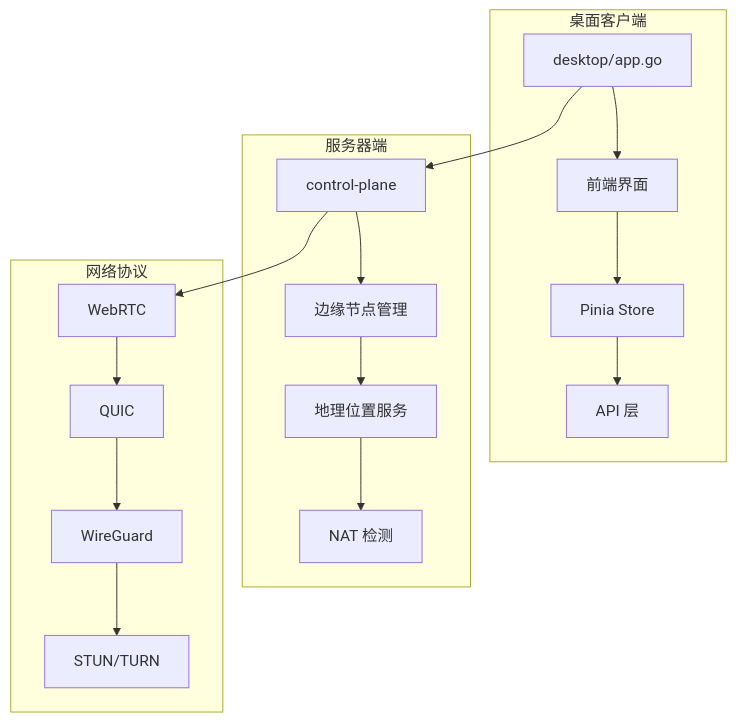
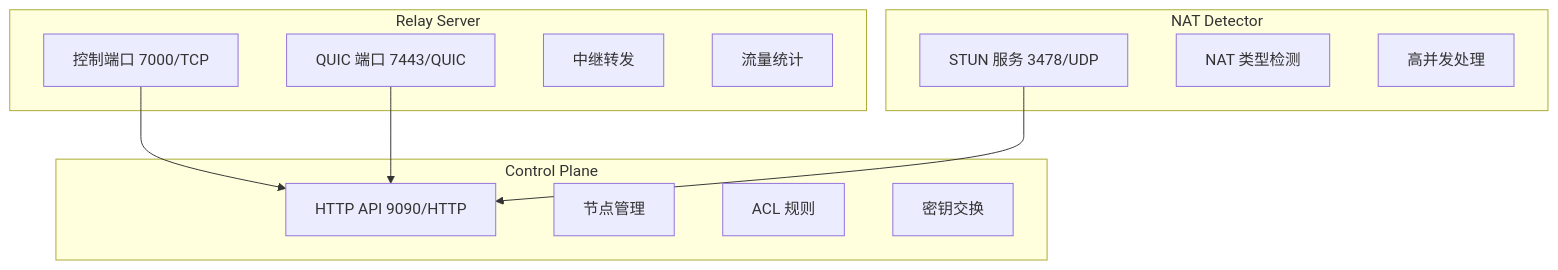
The third of 12 diagrams in .qoder/repowiki/zh/content/服务端架构/地理定位服务.md (itsharex/NexTunnel), drawn with Mermaid before and after one commit. The commit also changed other lines of this file and 48 other files, not shown here.

````diff
--- a/.qoder/repowiki/zh/content/服务端架构/地理定位服务.md
+++ b/.qoder/repowiki/zh/content/服务端架构/地理定位服务.md
@@ -47,20 +145,23 @@
 ```mermaid
 graph TB
-subgraph "桌面客户端"
-A[desktop/app.go] --> B[前端界面]
-B --> C[Pinia Store]
-C --> D[API 层]
+subgraph "Relay Server"
+RS1[控制端口 7000/TCP]
+RS2[QUIC 端口 7443/QUIC]
+RS3[中继转发]
+RS4[流量统计]
 end
-subgraph "服务器端"
-E[control-plane] --> F[边缘节点管理]
-F --> G[地理位置服务]
-G --> H[NAT 检测]
+subgraph "Control Plane"
+CP1[HTTP API 9090/HTTP]
+CP2[节点管理]
+CP3[ACL 规则]
+CP4[密钥交换]
 end
-subgraph "网络协议"
-I[WebRTC] --> J[QUIC]
-J --> K[WireGuard]
-K --> L[STUN/TURN]
+subgraph "NAT Detector"
+ND1[STUN 服务 3478/UDP]
+ND2[NAT 类型检测]
+ND3[高并发处理]
 end
-A --> E
-E --> I
+RS1 --> CP1
+RS2 --> CP1
+ND1 --> CP1
 ```
````
